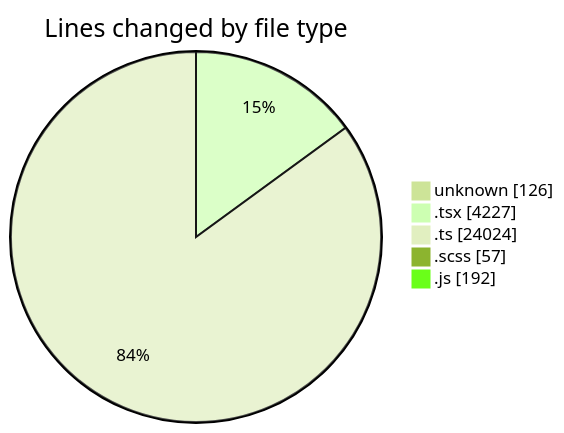
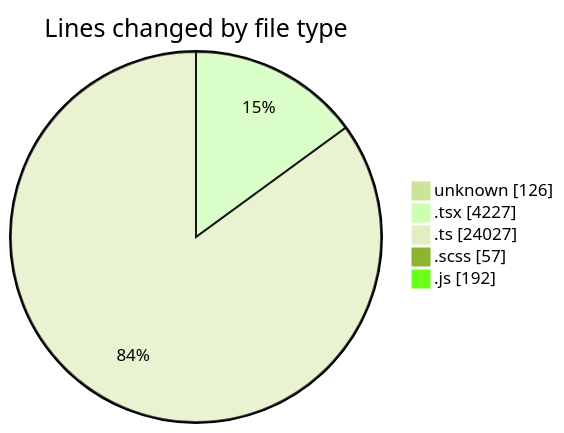
The first of 2 diagrams in 2026-09-23/cda/README.md (momahboobian/code-tracking), drawn with Mermaid (forest theme) before and after one commit. The commit also changed other lines of this file and 1 other file, not shown here.

````diff
--- a/2026-09-23/cda/README.md
+++ b/2026-09-23/cda/README.md
@@ -54,9 +54,9 @@
 ```mermaid
 pie showData
 title Lines changed by file type
 "unknown" : 126
 ".tsx" : 4227
-".ts" : 24024
+".ts" : 24027
 ".scss" : 57
 ".js" : 192
 ```
````
